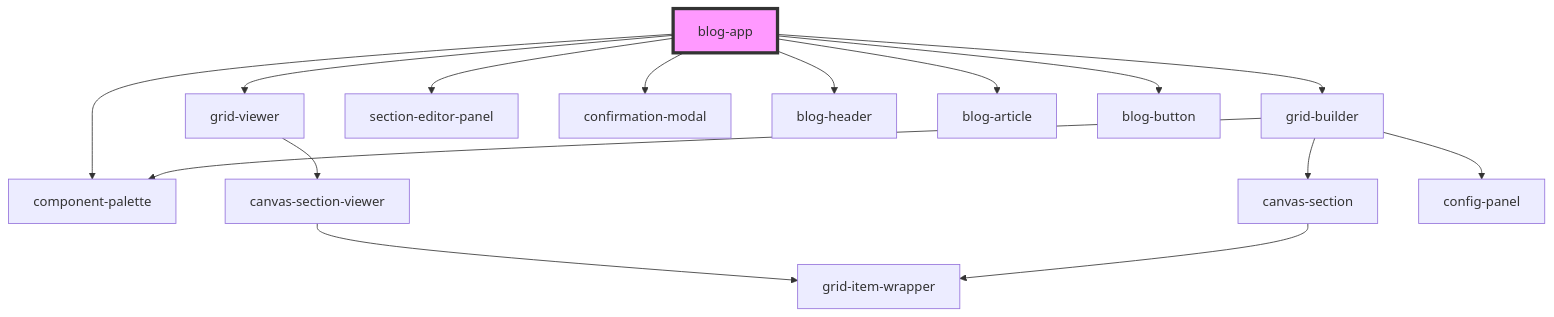
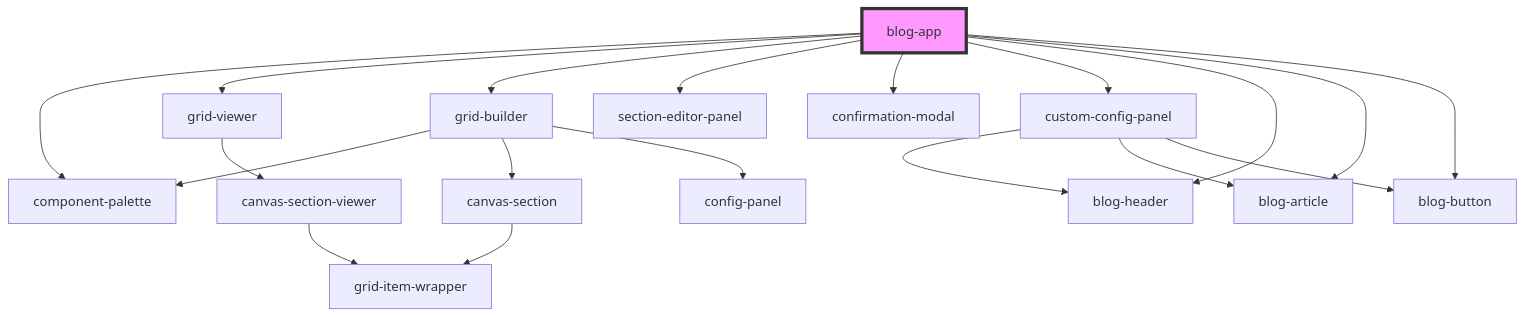
One commit to lucidworks/grid-builder-poc changed the diagram in stencil-grid-builder/src/demo/components/blog-app/readme.md. Above: the diagram before and after it, drawn with Mermaid. The commit also changed other lines of this file and 12 other files, not shown here.

````diff
--- a/stencil-grid-builder/src/demo/components/blog-app/readme.md
+++ b/stencil-grid-builder/src/demo/components/blog-app/readme.md
@@ -30,18 +31,22 @@
 ```mermaid
 graph TD;
   blog-app --> component-palette
   blog-app --> grid-viewer
   blog-app --> grid-builder
   blog-app --> section-editor-panel
   blog-app --> confirmation-modal
+  blog-app --> custom-config-panel
   blog-app --> blog-header
   blog-app --> blog-article
   blog-app --> blog-button
   grid-viewer --> canvas-section-viewer
   canvas-section-viewer --> grid-item-wrapper
   grid-builder --> component-palette
   grid-builder --> canvas-section
   grid-builder --> config-panel
   canvas-section --> grid-item-wrapper
+  custom-config-panel --> blog-header
+  custom-config-panel --> blog-article
+  custom-config-panel --> blog-button
   style blog-app fill:#f9f,stroke:#333,stroke-width:4px
 ```
````
